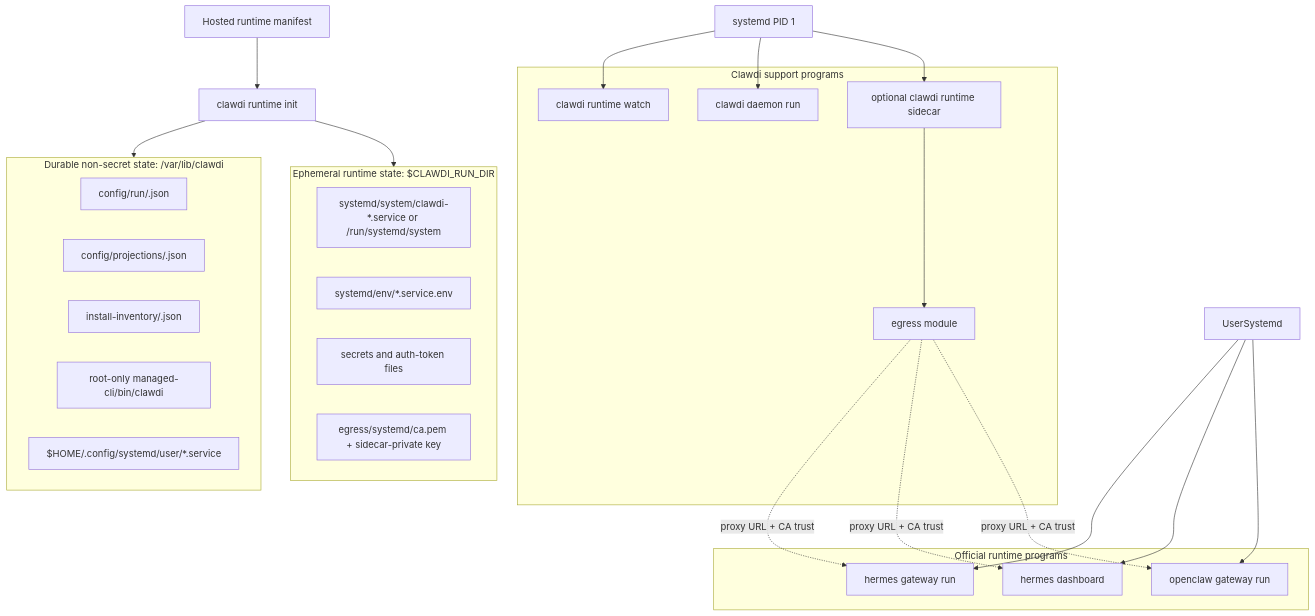
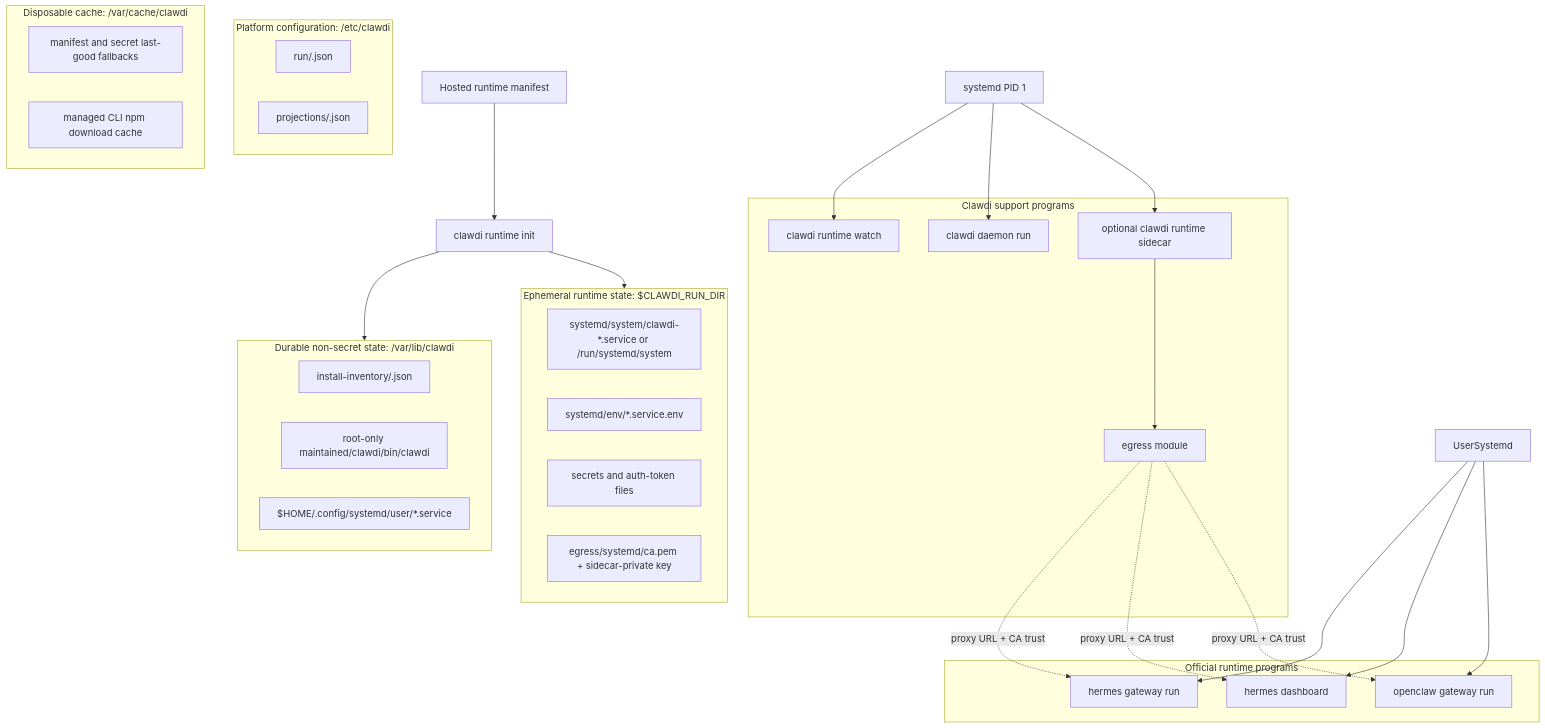
Before and after one commit to Clawdi-AI/clawdi: the first of 2 diagrams in docs/managed-runtime.md, drawn with Mermaid. The commit also changed other lines of this file and 38 other files, not shown here.

````diff
--- a/docs/managed-runtime.md
+++ b/docs/managed-runtime.md
@@ -145,46 +145,54 @@
 ```mermaid
 flowchart TB
     CP[Hosted runtime manifest] --> Init[clawdi runtime init]
     Init --> Durable
     Init --> Ephemeral
 
+    subgraph Configuration["Platform configuration: /etc/clawdi"]
+        RunConfigs[run/<runtime>.json]
+        Projections[projections/<runtime>.json]
+    end
+
     subgraph Durable["Durable non-secret state: /var/lib/clawdi"]
-        RunConfigs[config/run/<runtime>.json]
-        Projections[config/projections/<runtime>.json]
         Inventory[install-inventory/<runtime>.json]
-        CliBin[root-only managed-cli/bin/clawdi]
+        CliBin[root-only maintained/clawdi/bin/clawdi]
         UserUnits[$HOME/.config/systemd/user/*.service]
+    end
+
+    subgraph Cache["Disposable cache: /var/cache/clawdi"]
+        LastGood[manifest and secret last-good fallbacks]
+        NpmCache[managed CLI npm download cache]
     end
 
     subgraph Ephemeral["Ephemeral runtime state: $CLAWDI_RUN_DIR"]
         SystemUnits[systemd/system/clawdi-*.service or /run/systemd/system]
         UnitEnv[systemd/env/*.service.env]
         Secrets[secrets and auth-token files]
         EgressCA[egress/systemd/ca.pem + sidecar-private key]
     end
 
     subgraph Support["Clawdi support programs"]
         Watch[clawdi runtime watch]
         Daemon[clawdi daemon run]
         Sidecar[optional clawdi runtime sidecar]
         Egress[egress module]
     end
 
     subgraph Runtime["Official runtime programs"]
         HermesGateway[hermes gateway run]
         HermesDashboard[hermes dashboard]
         OpenClaw[openclaw gateway run]
     end
 
     Systemd[systemd PID 1] --> Watch
     Systemd --> Daemon
     Systemd --> Sidecar
     Sidecar --> Egress
     UserSystemd --> HermesGateway
     UserSystemd --> HermesDashboard
     UserSystemd --> OpenClaw
 
     Egress -. proxy URL + CA trust .-> HermesGateway
     Egress -. proxy URL + CA trust .-> HermesDashboard
     Egress -. proxy URL + CA trust .-> OpenClaw
 ```
````
